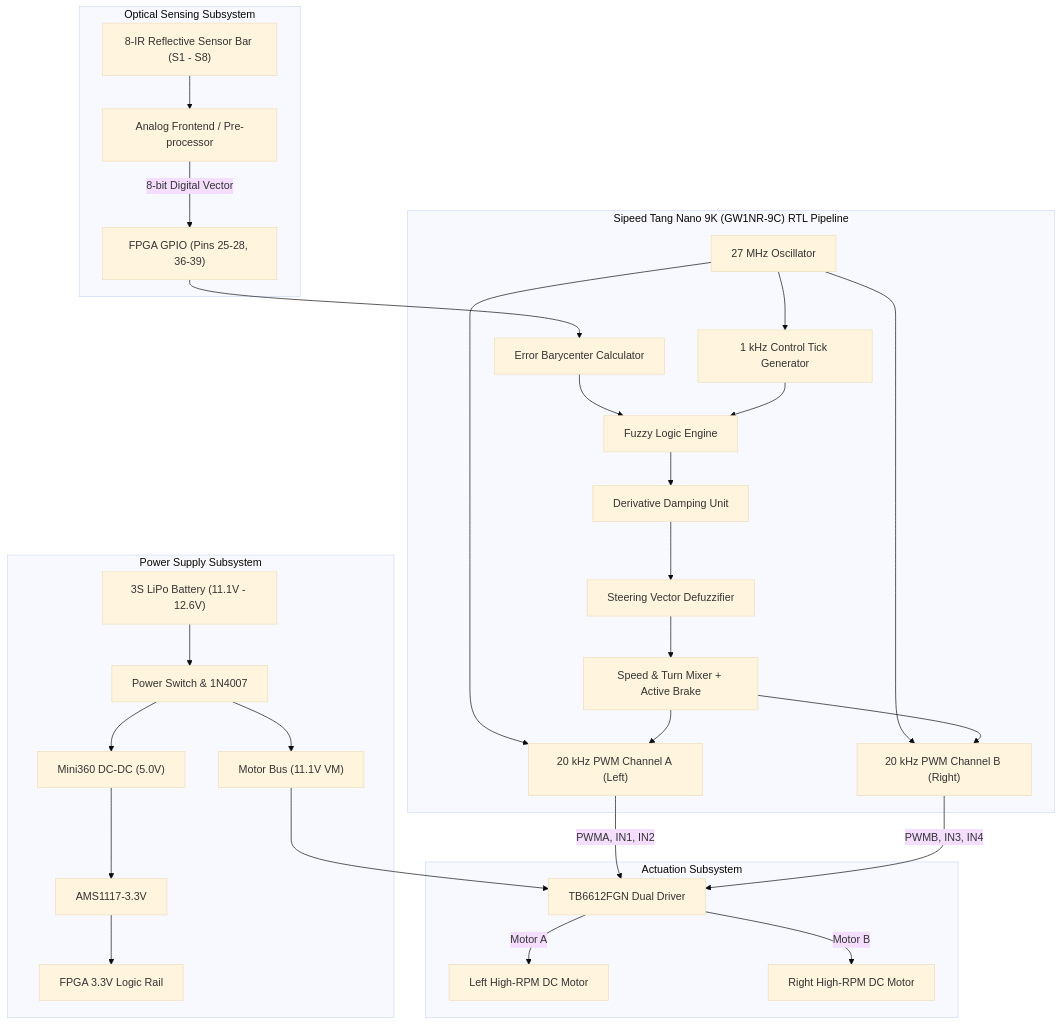
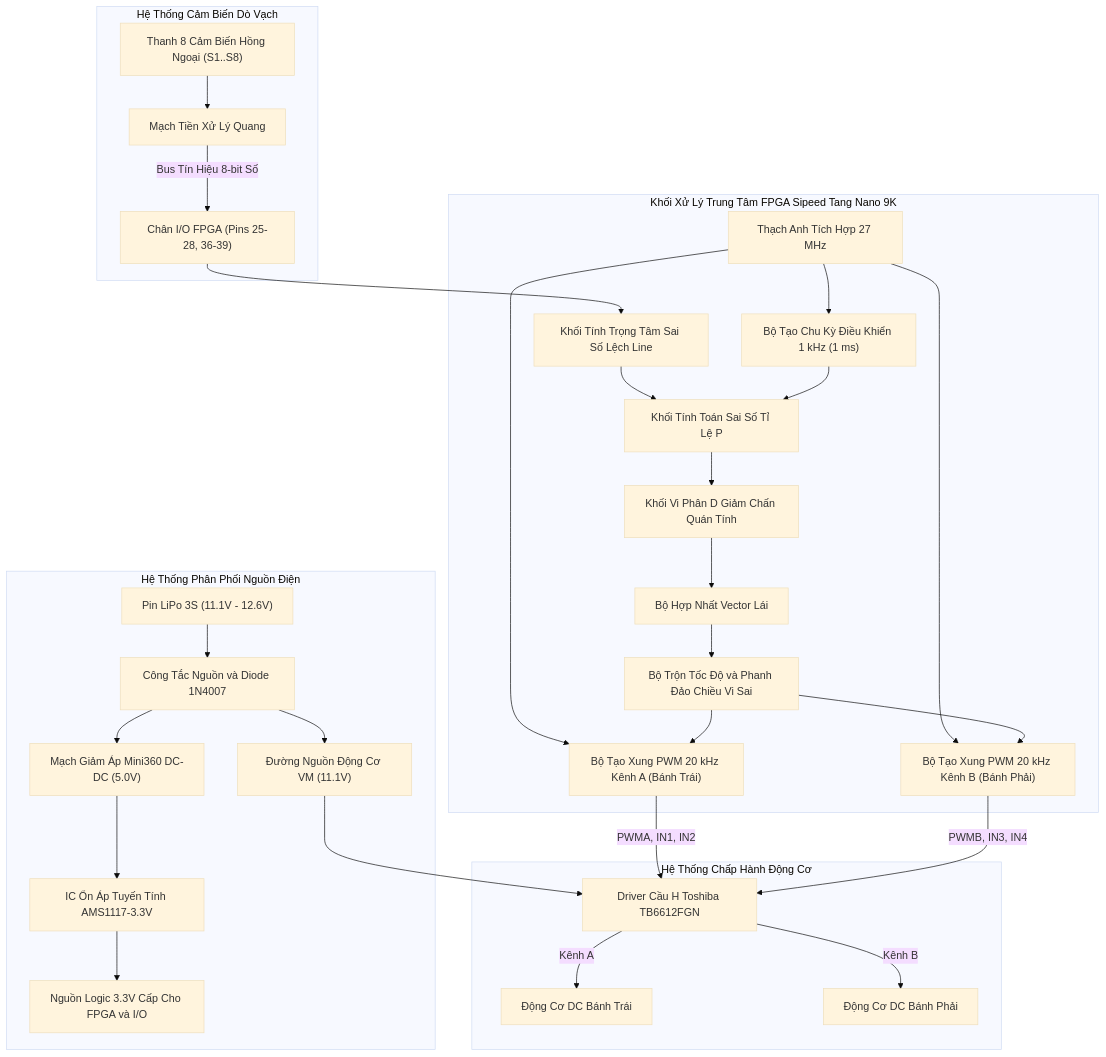
One commit to vthinh-la/FPGA-Line-Follower-Robot changed the diagram in docs/architecture.md. Above: the diagram before and after it, drawn with Mermaid (base theme). The commit also changed other lines of this file and 8 other files, not shown here.

Commit message:
docs: translate documentation to Vietnamese and update control algorithm description to PID

````diff
--- a/docs/architecture.md
+++ b/docs/architecture.md
@@ -5,37 +9,37 @@
 ```mermaid
 flowchart TD
-    subgraph PowerSystem["Power Supply Subsystem"]
-        BAT["3S LiPo Battery (11.1V - 12.6V)"] --> SW["Power Switch & 1N4007"]
-        SW --> VM["Motor Bus (11.1V VM)"]
-        SW --> BUCK["Mini360 DC-DC (5.0V)"]
-        BUCK --> LDO["AMS1117-3.3V"]
-        LDO --> VCC_FPGA["FPGA 3.3V Logic Rail"]
+    subgraph PowerSystem["Hệ Thống Phân Phối Nguồn Điện"]
+        BAT["Pin LiPo 3S (11.1V - 12.6V)"] --> SW["Công Tắc Nguồn và Diode 1N4007"]
+        SW --> VM["Đường Nguồn Động Cơ VM (11.1V)"]
+        SW --> BUCK["Mạch Giảm Áp Mini360 DC-DC (5.0V)"]
+        BUCK --> LDO["IC Ổn Áp Tuyến Tính AMS1117-3.3V"]
+        LDO --> VCC_FPGA["Nguồn Logic 3.3V Cấp Cho FPGA và I/O"]
     end
 
-    subgraph SensorFrontEnd["Optical Sensing Subsystem"]
-        IR["8-IR Reflective Sensor Bar (S1 - S8)"] --> ADC["Analog Frontend / Pre-processor"]
-        ADC -->|"8-bit Digital Vector"| FPGA_IN["FPGA GPIO (Pins 25-28, 36-39)"]
+    subgraph SensorFrontEnd["Hệ Thống Cảm Biến Dò Vạch"]
+        IR["Thanh 8 Cảm Biến Hồng Ngoại (S1..S8)"] --> ADC["Mạch Tiền Xử Lý Quang"]
+        ADC -->|"Bus Tín Hiệu 8-bit Số"| FPGA_IN["Chân I/O FPGA (Pins 25-28, 36-39)"]
     end
 
-    subgraph FPGACore["Sipeed Tang Nano 9K (GW1NR-9C) RTL Pipeline"]
-        CLK["27 MHz Oscillator"] --> DIV["1 kHz Control Tick Generator"]
-        FPGA_IN --> BARY["Error Barycenter Calculator"]
-        BARY --> FUZZY["Fuzzy Logic Engine"]
-        DIV --> FUZZY
-        FUZZY --> DAMP["Derivative Damping Unit"]
-        DAMP --> STEER["Steering Vector Defuzzifier"]
-        STEER --> MIXER["Speed & Turn Mixer + Active Brake"]
-        CLK --> PWM_A["20 kHz PWM Channel A (Left)"]
-        CLK --> PWM_B["20 kHz PWM Channel B (Right)"]
+    subgraph FPGACore["Khối Xử Lý Trung Tâm FPGA Sipeed Tang Nano 9K"]
+        CLK["Thạch Anh Tích Hợp 27 MHz"] --> DIV["Bộ Tạo Chu Kỳ Điều Khiển 1 kHz (1 ms)"]
+        FPGA_IN --> BARY["Khối Tính Trọng Tâm Sai Số Lệch Line"]
+        BARY --> PID["Khối Tính Toán Sai Số Tỉ Lệ P"]
+        DIV --> PID
+        PID --> DAMP["Khối Vi Phân D Giảm Chấn Quán Tính"]
+        DAMP --> STEER["Bộ Hợp Nhất Vector Lái"]
+        STEER --> MIXER["Bộ Trộn Tốc Độ và Phanh Đảo Chiều Vi Sai"]
+        CLK --> PWM_A["Bộ Tạo Xung PWM 20 kHz Kênh A (Bánh Trái)"]
+        CLK --> PWM_B["Bộ Tạo Xung PWM 20 kHz Kênh B (Bánh Phải)"]
         MIXER --> PWM_A
         MIXER --> PWM_B
     end
 
-    subgraph MotorSubsystem["Actuation Subsystem"]
-        PWM_A -->|"PWMA, IN1, IN2"| TB["TB6612FGN Dual Driver"]
+    subgraph MotorSubsystem["Hệ Thống Chấp Hành Động Cơ"]
+        PWM_A -->|"PWMA, IN1, IN2"| TB["Driver Cầu H Toshiba TB6612FGN"]
         PWM_B -->|"PWMB, IN3, IN4"| TB
         VM --> TB
-        TB -->|"Motor A"| MOT_L["Left High-RPM DC Motor"]
-        TB -->|"Motor B"| MOT_R["Right High-RPM DC Motor"]
+        TB -->|"Kênh A"| MOT_L["Động Cơ DC Bánh Trái"]
+        TB -->|"Kênh B"| MOT_R["Động Cơ DC Bánh Phải"]
     end
 ```
````
